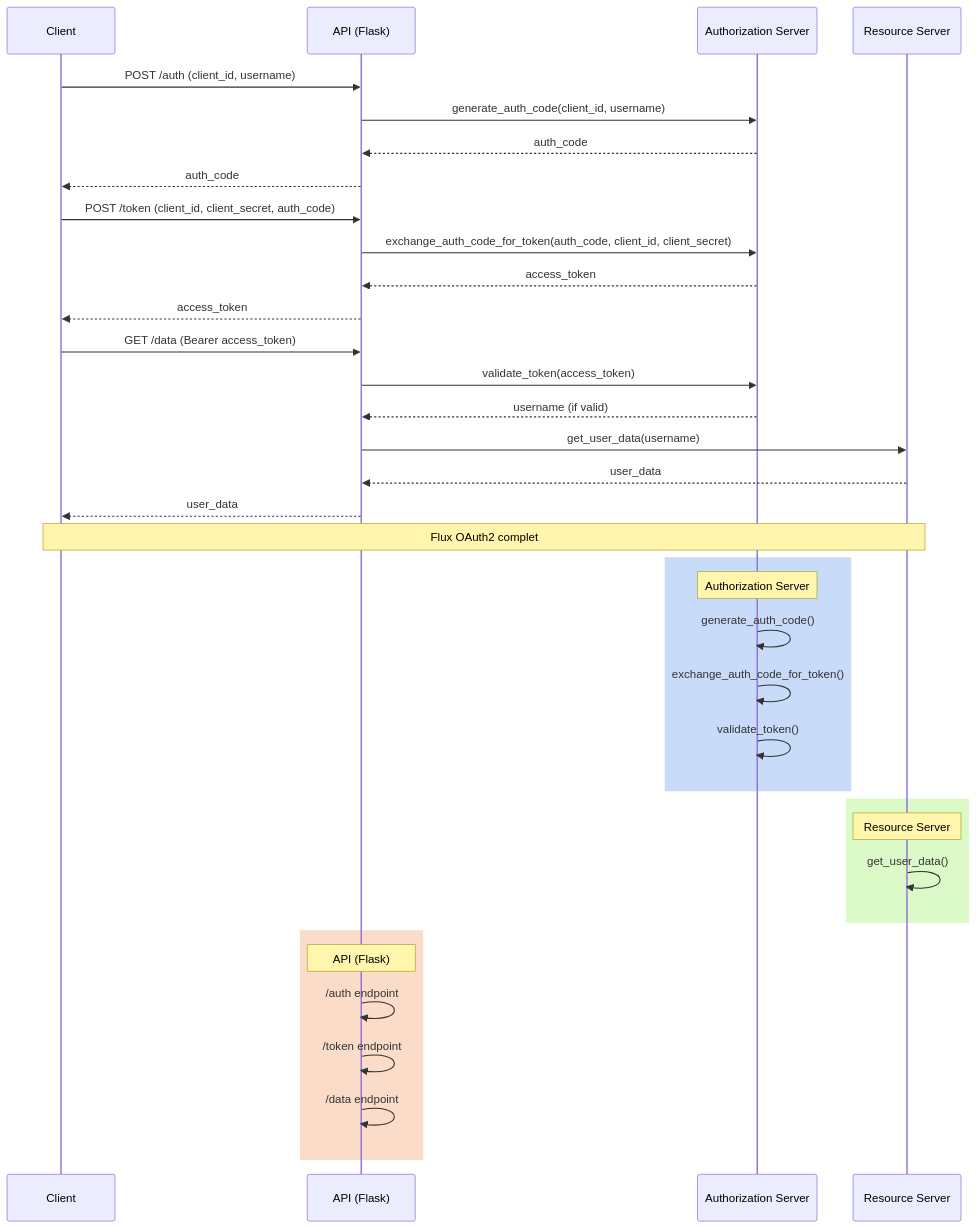
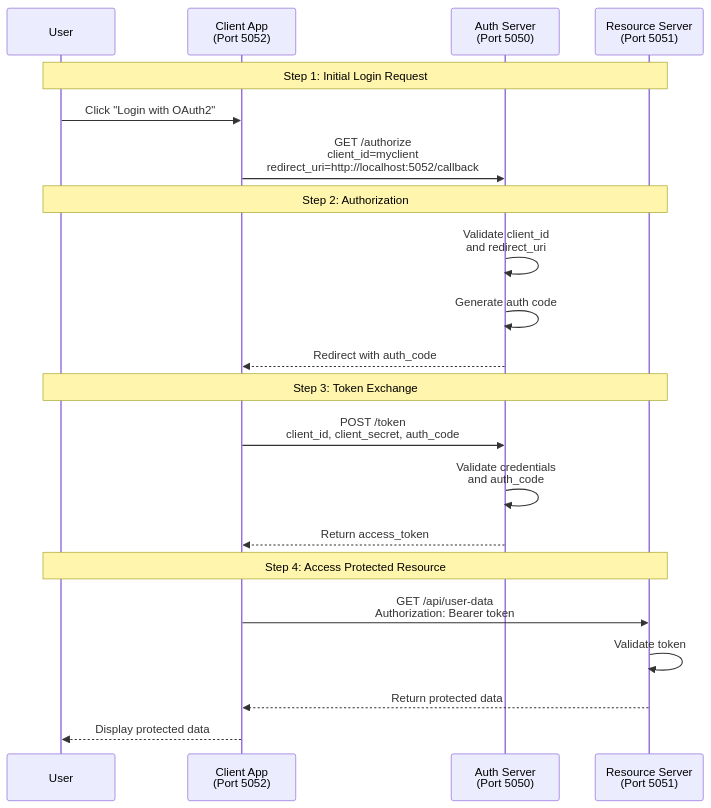
Before and after one commit to ssime-git/mc_sec_api: the diagram in oauth2/README.md, drawn with Mermaid. The commit also changed other lines of this file and 16 other files, not shown here.

`````diff
--- a/oauth2/README.md
+++ b/oauth2/README.md
@@ -78,45 +27,27 @@
 ```mermaid
 sequenceDiagram
-    participant C as Client
-    participant API as API (Flask)
-    participant AS as Authorization Server
-    participant RS as Resource Server
+    participant User
+    participant Client as Client App<br/>(Port 5052)
+    participant Auth as Auth Server<br/>(Port 5050)
+    participant Resource as Resource Server<br/>(Port 5051)
 
-    C->>API: POST /auth (client_id, username)
-    API->>AS: generate_auth_code(client_id, username)
-    AS-->>API: auth_code
-    API-->>C: auth_code
-
-    C->>API: POST /token (client_id, client_secret, auth_code)
-    API->>AS: exchange_auth_code_for_token(auth_code, client_id, client_secret)
-    AS-->>API: access_token
-    API-->>C: access_token
-
-    C->>API: GET /data (Bearer access_token)
-    API->>AS: validate_token(access_token)
-    AS-->>API: username (if valid)
-    API->>RS: get_user_data(username)
-    RS-->>API: user_data
-    API-->>C: user_data
-
-    Note over C,RS: Flux OAuth2 complet
-
-    rect rgb(200, 220, 250)
-        Note over AS: Authorization Server
-        AS->>AS: generate_auth_code()
-        AS->>AS: exchange_auth_code_for_token()
-        AS->>AS: validate_token()
-    end
-
-    rect rgb(220, 250, 200)
-        Note over RS: Resource Server
-        RS->>RS: get_user_data()
-    end
-
-    rect rgb(250, 220, 200)
-        Note over API: API (Flask)
-        API->>API: /auth endpoint
-        API->>API: /token endpoint
-        API->>API: /data endpoint
-    end
-````
+    Note over User,Resource: Step 1: Initial Login Request
+    User->>Client: Click "Login with OAuth2"
+    Client->>Auth: GET /authorize<br/>client_id=myclient<br/>redirect_uri=http://localhost:5052/callback
+    
+    Note over User,Resource: Step 2: Authorization
+    Auth->>Auth: Validate client_id<br/>and redirect_uri
+    Auth->>Auth: Generate auth code
+    Auth-->>Client: Redirect with auth_code
+    
+    Note over User,Resource: Step 3: Token Exchange
+    Client->>Auth: POST /token<br/>client_id, client_secret, auth_code
+    Auth->>Auth: Validate credentials<br/>and auth_code
+    Auth-->>Client: Return access_token
+    
+    Note over User,Resource: Step 4: Access Protected Resource
+    Client->>Resource: GET /api/user-data<br/>Authorization: Bearer token
+    Resource->>Resource: Validate token
+    Resource-->>Client: Return protected data
+    Client-->>User: Display protected data
+```
`````
